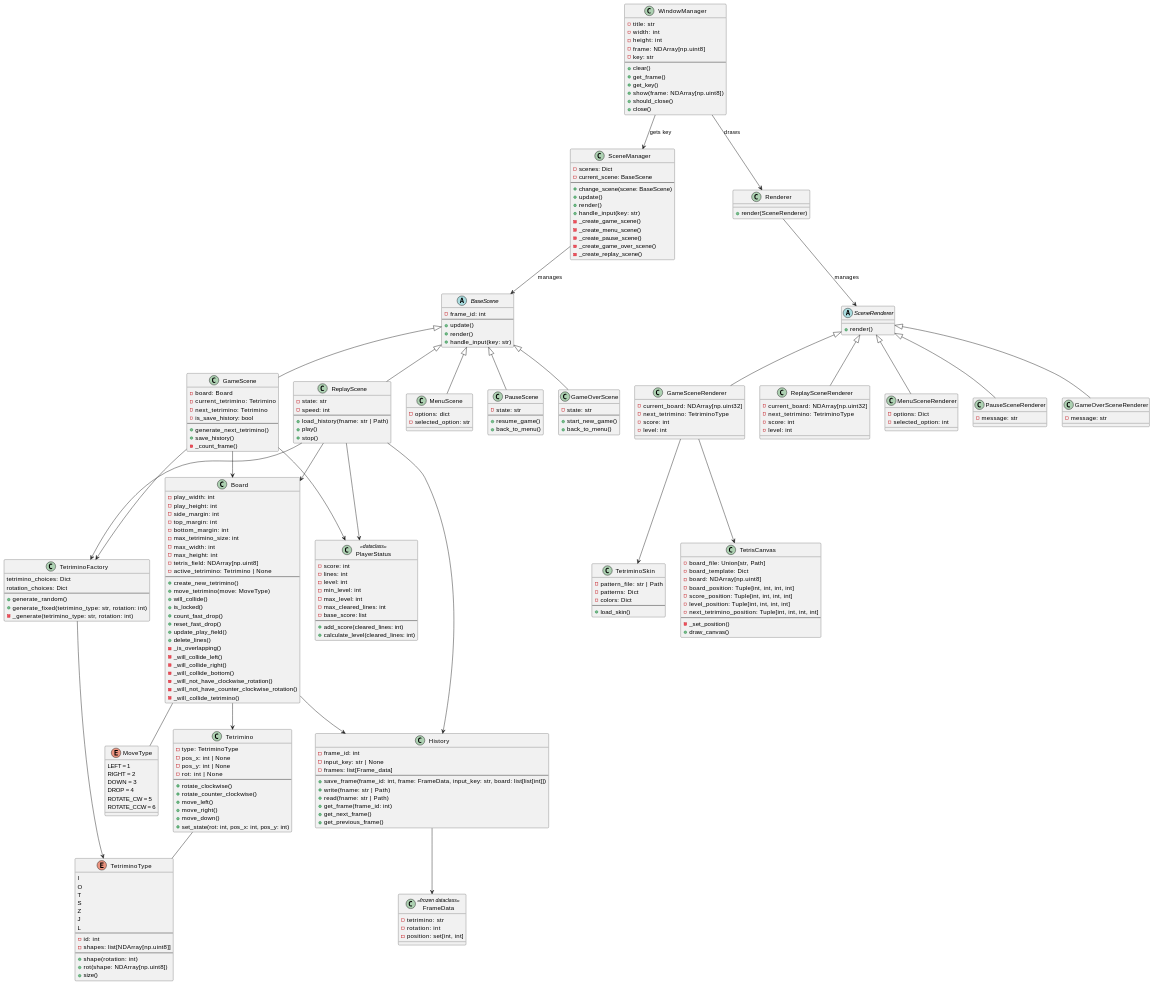
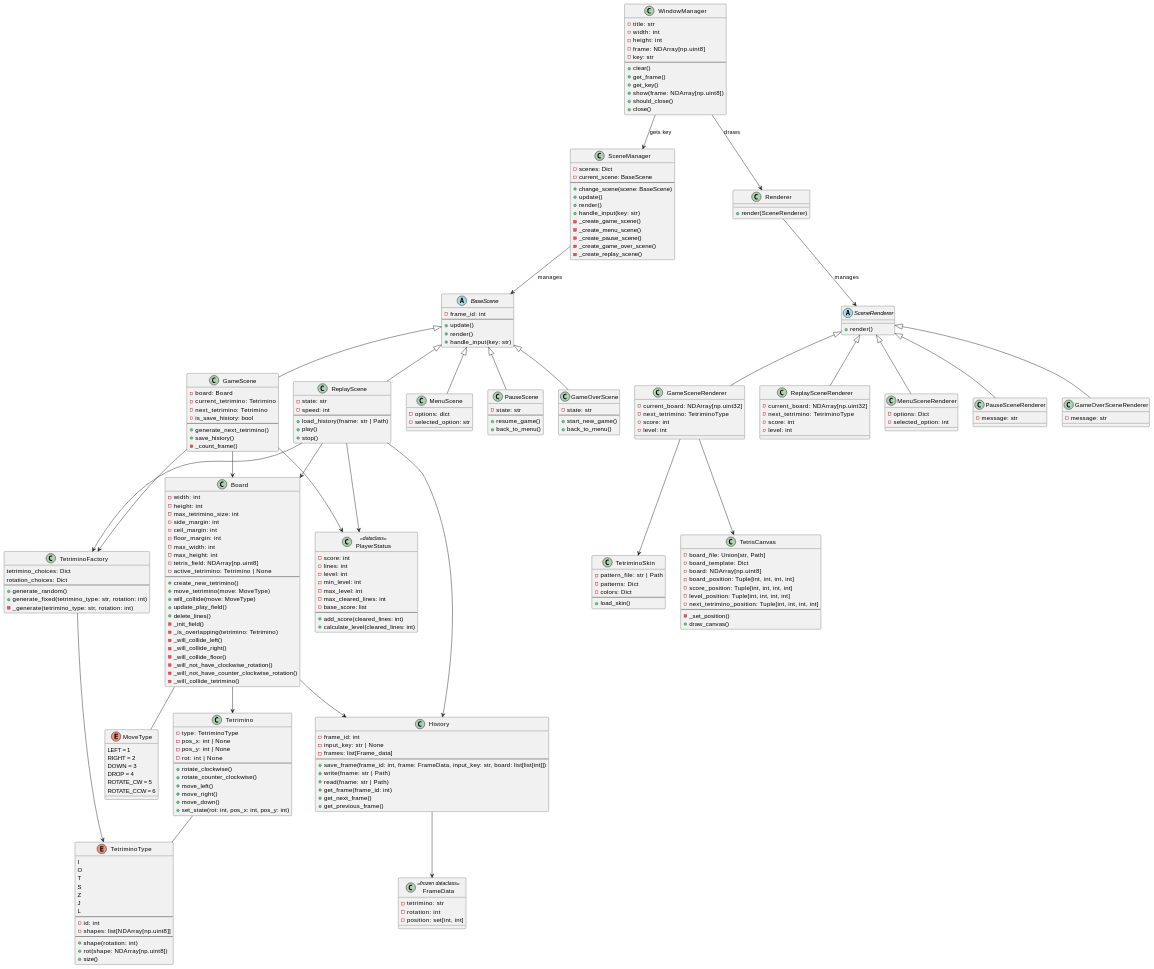
The diagram in README.md (tsuzuki-nekozuki/python-tetris), drawn with PlantUML before and after one commit. The commit also changed other lines of this file and 4 other files, not shown here.

```diff
--- a/README.md
+++ b/README.md
@@ -180,12 +206,12 @@
 }
 
 class Board {
-    - play_width: int
-    - play_height: int
+    - width: int
+    - height: int
+    - max_tetrimino_size: int
     - side_margin: int
-    - top_margin: int
-    - bottom_margin: int
-    - max_tetrimino_size: int
+    - ceil_margin: int
+    - floor_margin: int
     - max_width: int
     - max_height: int
     - tetris_field: NDArray[np.uint8]
@@ -193,16 +219,14 @@
     ---
     + create_new_tetrimino()
     + move_tetrimino(move: MoveType)
-    + will_collide()
-    + is_locked()
-    + count_fast_drop()
-    + reset_fast_drop()
+    + will_collide(move: MoveType)
     + update_play_field()
     + delete_lines()
-    - _is_overlapping()
+    - _init_field()
+    - _is_overlapping(tetrimino: Tetrimino)
     - _will_collide_left()
     - _will_collide_right()
-    - _will_collide_bottom()
+    - _will_collide_floor()
     - _will_not_have_clockwise_rotation()
     - _will_not_have_counter_clockwise_rotation()
     - _will_collide_tetrimino()
```
